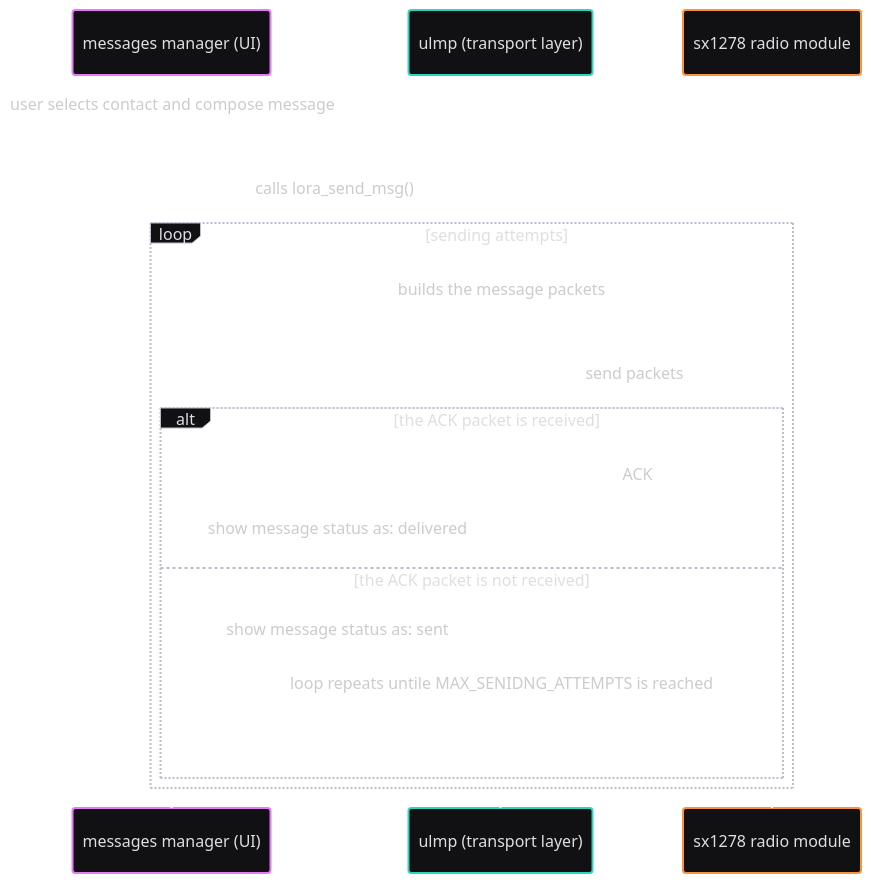
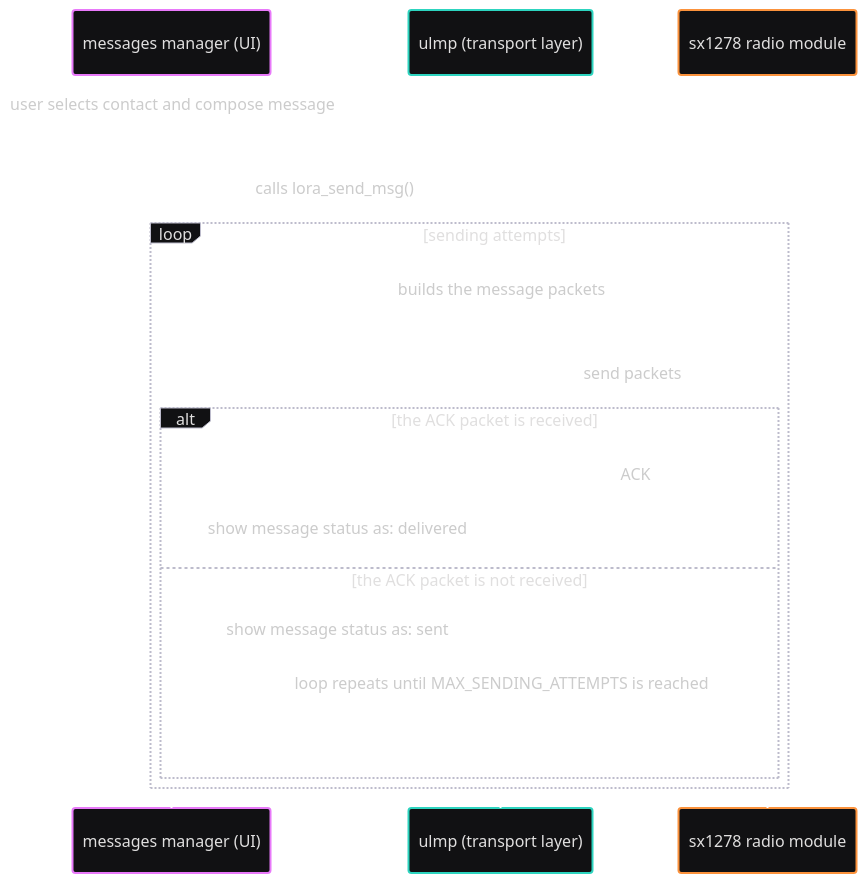
The third of 4 diagrams in README.md (ArchTonIO/Watchdog_2040), drawn with Mermaid before and after one commit. The commit also changed other lines of this file and 7 other files, not shown here.

````diff
--- a/README.md
+++ b/README.md
@@ -204,28 +227,28 @@
 ```mermaid
 ---
 config:
   theme: redux-dark-color
 ---
 
 sequenceDiagram
     participant msg_man as messages manager (UI)
     participant ulmp as ulmp (transport layer)
     participant radio as sx1278 radio module
 
     msg_man->>msg_man: user selects contact and compose message
     msg_man->>ulmp: calls lora_send_msg()
     
     loop sending attempts
         ulmp->>ulmp: builds the message packets
 
         ulmp->>radio: send packets
         
         alt the ACK packet is received
             radio->>ulmp: ACK
             ulmp->>msg_man: show message status as: delivered
         else the ACK packet is not received
             ulmp->>msg_man: show message status as: sent
-            ulmp->>ulmp: loop repeats untile MAX_SENIDNG_ATTEMPTS is reached
+            ulmp->>ulmp: loop repeats until MAX_SENDING_ATTEMPTS is reached
         end
     end
 ```
````
